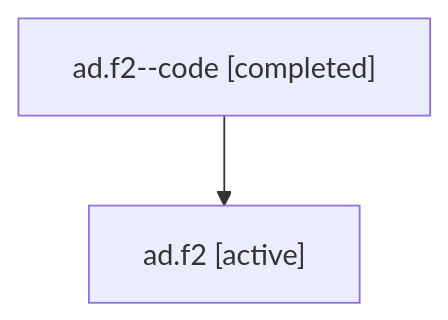
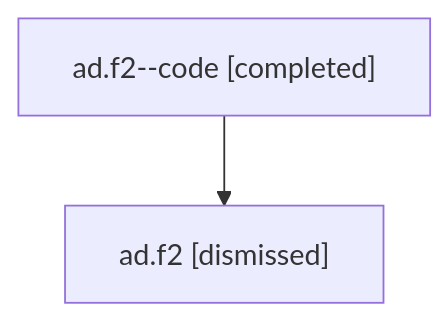
One commit to bobs-org/bob-cli--agents changed the diagram in sessions/bbugyi200.athena.ad.f2.md. Above: the diagram before and after it, drawn with Mermaid. The commit also changed other lines of this file and 34 other files, not shown here.

````diff
--- a/sessions/bbugyi200.athena.ad.f2.md
+++ b/sessions/bbugyi200.athena.ad.f2.md
@@ -9,6 +9,6 @@
 ```mermaid
 flowchart TD
   n0["ad.f2--code [completed]"]
-  n1["ad.f2 [active]"]
+  n1["ad.f2 [dismissed]"]
   n0 --> n1
 ```
````
